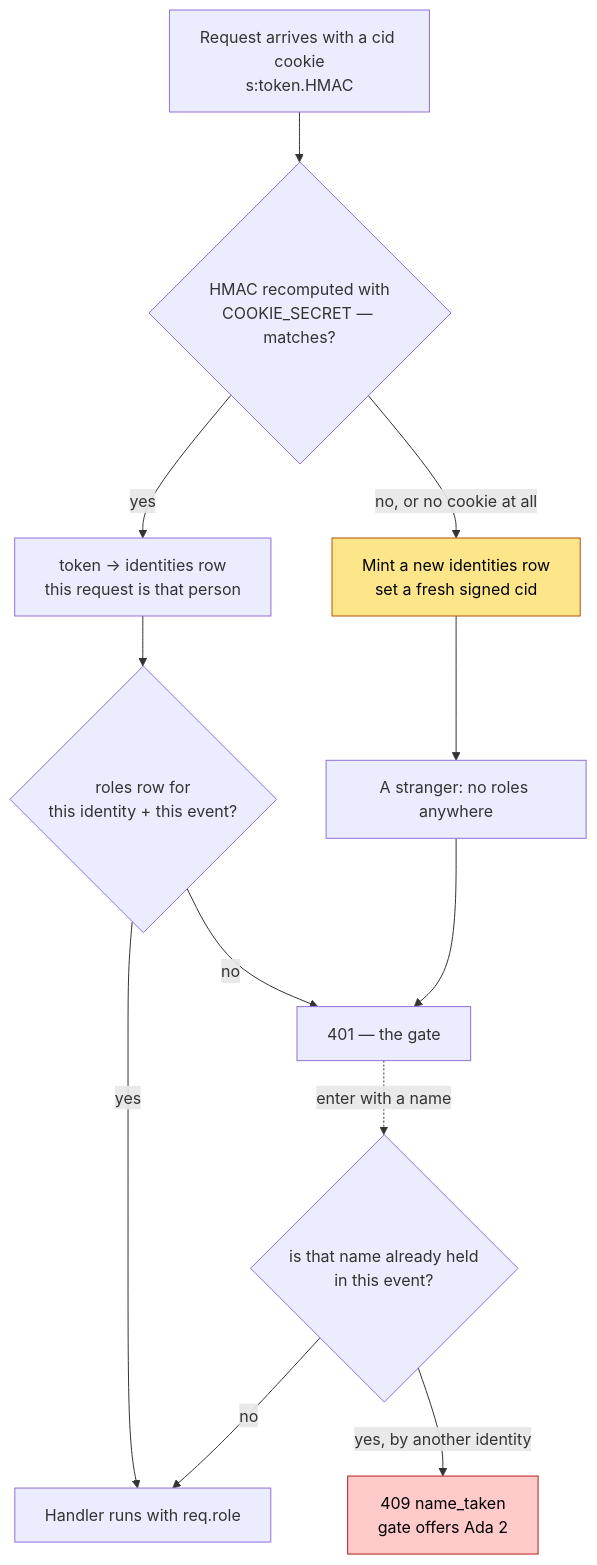
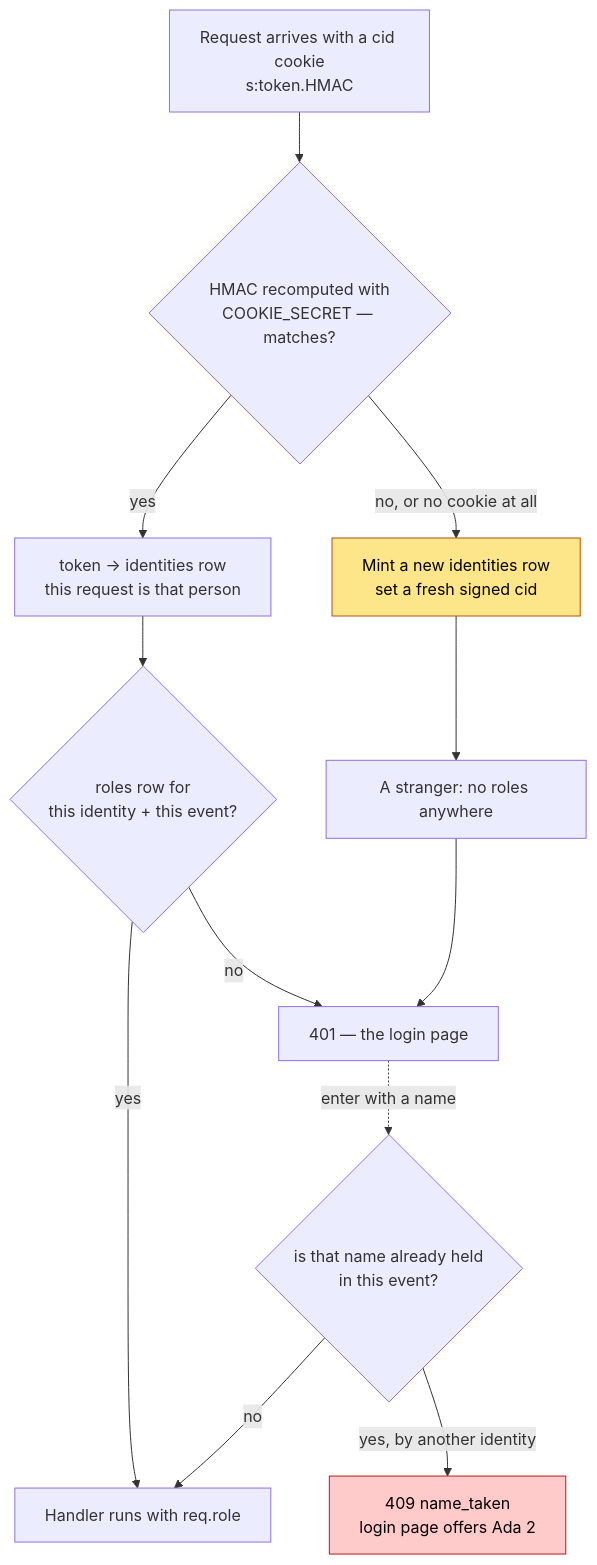
One commit to marceljay/LibreSesh changed the first of 2 diagrams in ARCHITECTURE.md. Above: the diagram before and after it, drawn with Mermaid. The commit also changed other lines of this file and 77 other files, not shown here.

First line of the commit message:
refactor: say "rate limit" and "login page", not "budget" and "gate"

````diff
--- a/ARCHITECTURE.md
+++ b/ARCHITECTURE.md
@@ -394,17 +394,17 @@
 ```mermaid
 flowchart TD
   R["Request arrives with a cid cookie<br/>s:token.HMAC"] --> V{"HMAC recomputed with<br/>COOKIE_SECRET — matches?"}
   V -- "no, or no cookie at all" --> M["Mint a new identities row<br/>set a fresh signed cid"]
   V -- yes --> L["token → identities row<br/>this request is that person"]
   M --> N["A stranger: no roles anywhere"]
   L --> Q{"roles row for<br/>this identity + this event?"}
-  Q -- no --> G["401 — the gate"]
+  Q -- no --> G["401 — the login page"]
   Q -- yes --> H["Handler runs with req.role"]
   N --> G
   G -. "enter with a name" .-> NAME{"is that name already held<br/>in this event?"}
   NAME -- "no" --> H
-  NAME -- "yes, by another identity" --> S["409 name_taken<br/>gate offers Ada 2"]
+  NAME -- "yes, by another identity" --> S["409 name_taken<br/>login page offers Ada 2"]
 
   style M fill:#fde68a,stroke:#b45309,color:#000
   style S fill:#fecaca,stroke:#b91c1c,color:#000
 ```
````
